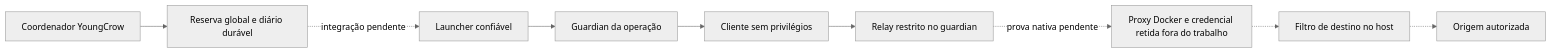
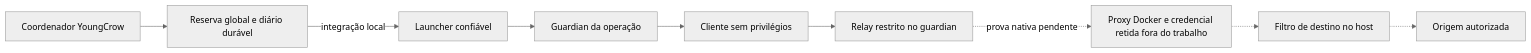
The first of 2 diagrams in docs/HANDOFF-CLOUD-2026-10-07.md (Matheusrpc/YoungCrowHarness), drawn with Mermaid (neutral theme) before and after one commit. The commit also changed other lines of this file and 21 other files, not shown here.

````diff
--- a/docs/HANDOFF-CLOUD-2026-10-07.md
+++ b/docs/HANDOFF-CLOUD-2026-10-07.md
@@ -234,11 +254,11 @@
 ```mermaid
 flowchart LR
   C[Coordenador YoungCrow] --> R[Reserva global e diário durável]
-  R -. integração pendente .-> L[Launcher confiável]
+  R -->|integração local| L[Launcher confiável]
   L --> G[Guardian da operação]
   U[Cliente sem privilégios] --> Q[Relay restrito no guardian]
   G --> U
   Q -. prova nativa pendente .-> P[Proxy Docker e credencial retida fora do trabalho]
   P -.-> F[Filtro de destino no host]
   F -.-> E[Origem autorizada]
 ```
````
